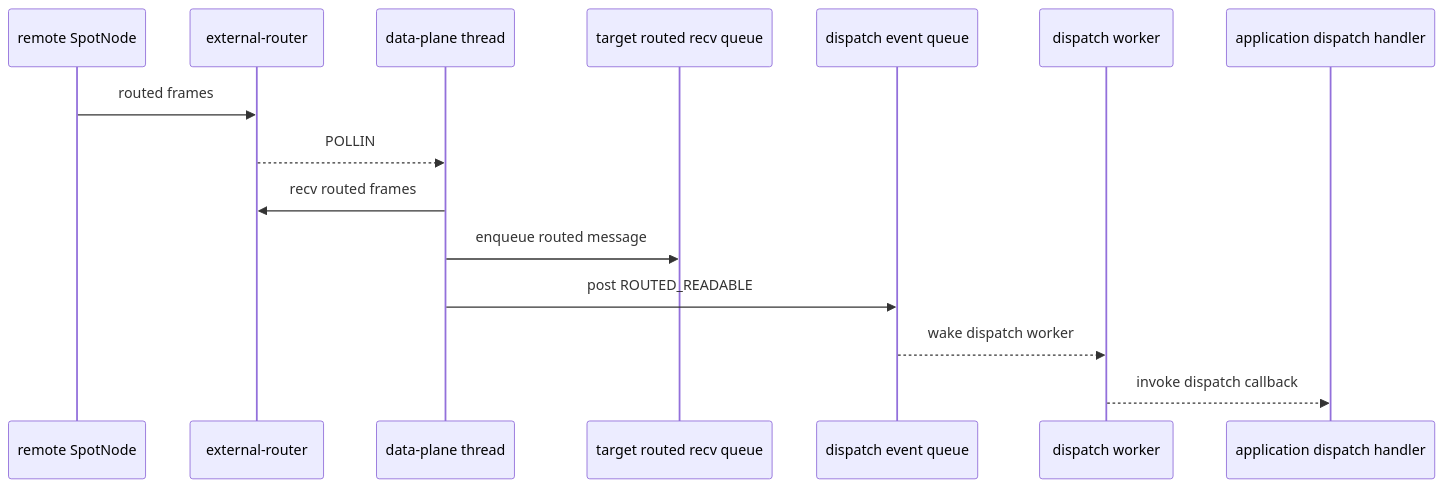
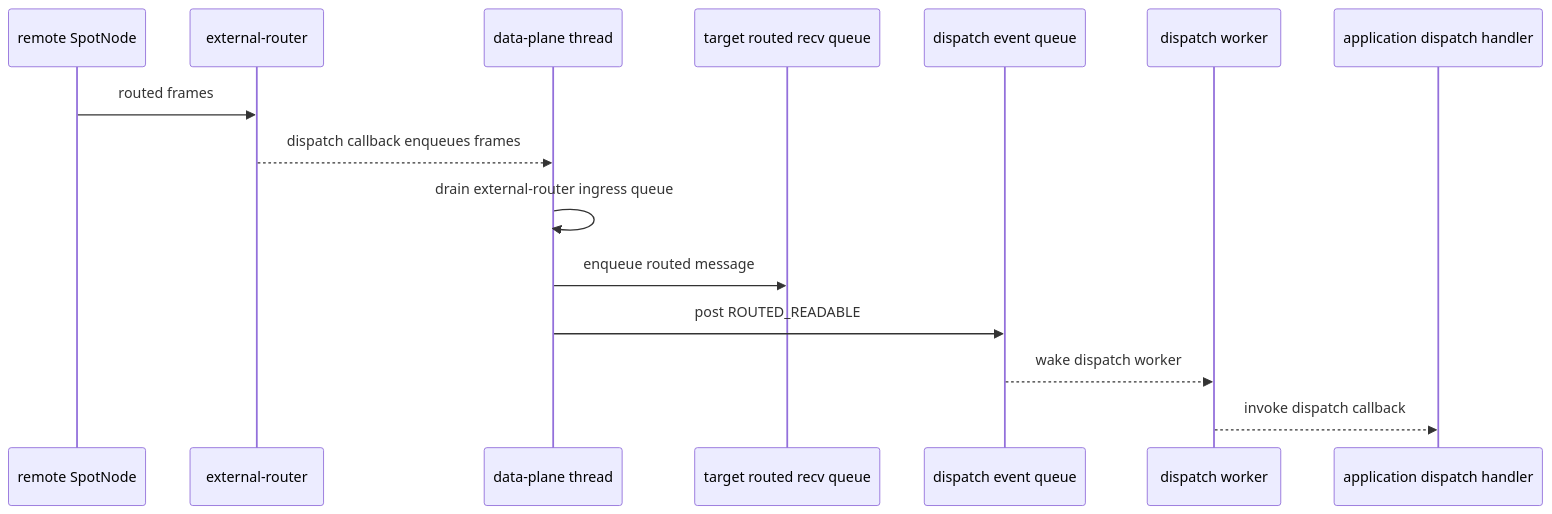
Before and after one commit to kairos-code-dev/zlink: the tenth of 12 diagrams in doc/spec/draft/spot-publish-data-plane-ingress.ko.md, drawn with Mermaid. The commit also changed other lines of this file and 25 other files, not shown here.

````diff
--- a/doc/spec/draft/spot-publish-data-plane-ingress.ko.md
+++ b/doc/spec/draft/spot-publish-data-plane-ingress.ko.md
@@ -482,18 +539,18 @@
 ```mermaid
 sequenceDiagram
     participant Peer as remote SpotNode
     participant External as external-router
     participant DP as data-plane thread
     participant RecvQ as target routed recv queue
     participant EventQ as dispatch event queue
     participant Worker as dispatch worker
     participant App as application dispatch handler
 
     Peer->>External: routed frames
-    External-->>DP: POLLIN
-    DP->>External: recv routed frames
+    External-->>DP: dispatch callback enqueues frames
+    DP->>DP: drain external-router ingress queue
     DP->>RecvQ: enqueue routed message
     DP->>EventQ: post ROUTED_READABLE
     EventQ-->>Worker: wake dispatch worker
     Worker-->>App: invoke dispatch callback
 ```
````
